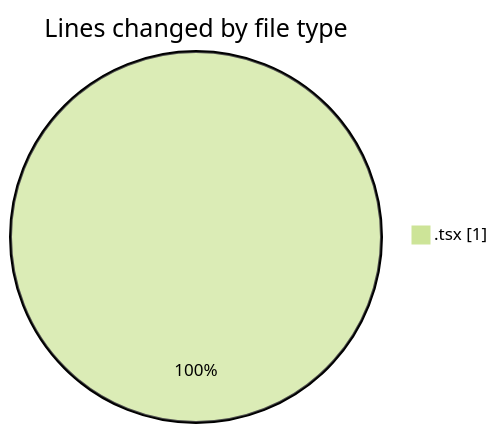
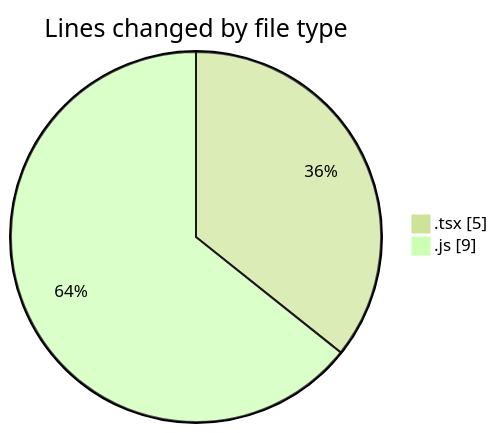
Before and after one commit to Elitesun/code-tracking: the first of 2 diagrams in 2025-04-11/product-page/README.md, drawn with Mermaid (forest theme). The commit also changed other lines of this file and 1 other file, not shown here.

````diff
--- a/2025-04-11/product-page/README.md
+++ b/2025-04-11/product-page/README.md
@@ -20,5 +21,6 @@
 ```mermaid
 pie showData
 title Lines changed by file type
-".tsx" : 1
+".tsx" : 5
+".js" : 9
 ```
````
